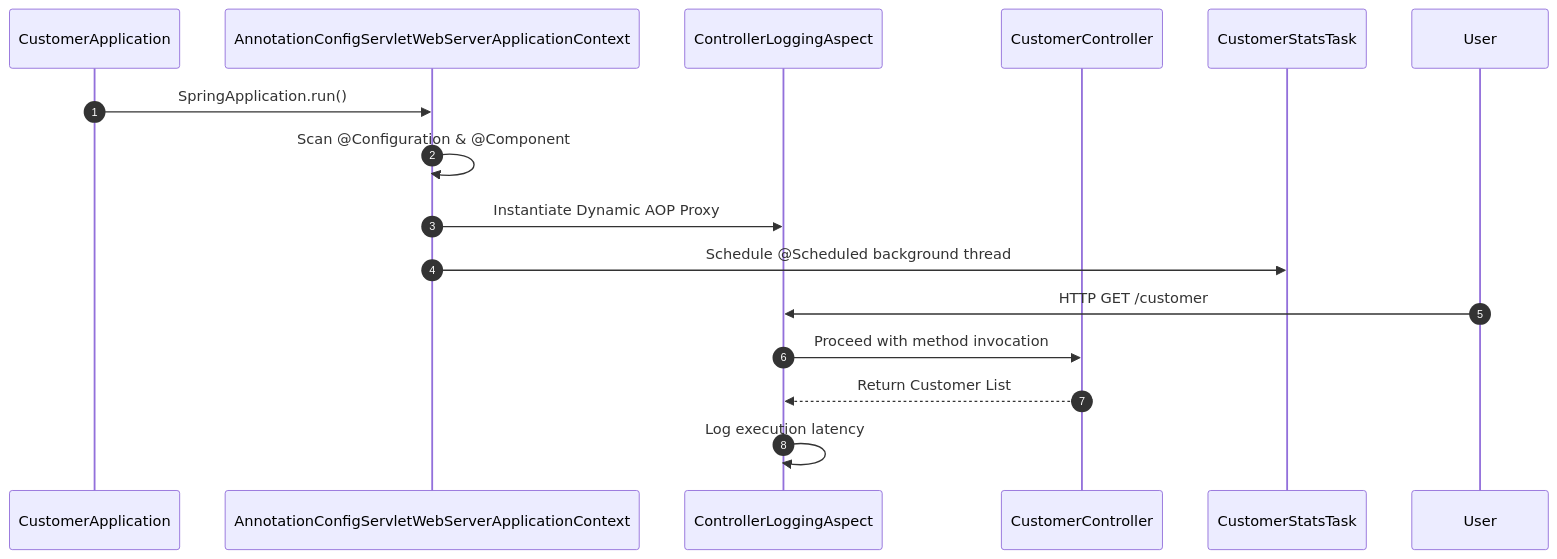
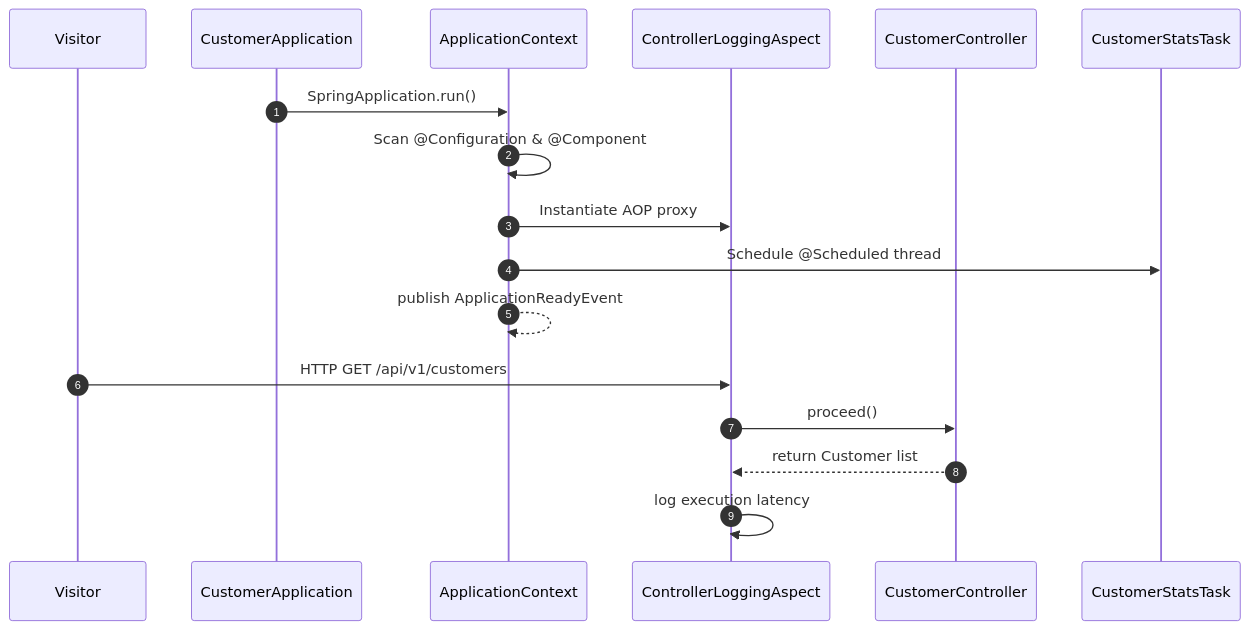
Before and after one commit to karthik569/Pro-Spring-Boot-4-4th-ed: the diagram in chapters/chapter-02-internals/TECHNICAL_DEEP_DIVE.md, drawn with Mermaid. The commit also changed other lines of this file and 14 other files, not shown here.

First line of the commit message:
docs: add chapter 2-5 walkthrough reports and refresh deep-dive diagrams

````diff
--- a/chapters/chapter-02-internals/TECHNICAL_DEEP_DIVE.md
+++ b/chapters/chapter-02-internals/TECHNICAL_DEEP_DIVE.md
@@ -6,18 +11,19 @@
 ```mermaid
 sequenceDiagram
     autonumber
+    participant User as Visitor
     participant App as CustomerApplication
-    participant Context as AnnotationConfigServletWebServerApplicationContext
+    participant Context as ApplicationContext
     participant Aspect as ControllerLoggingAspect
     participant Controller as CustomerController
     participant Task as CustomerStatsTask
-
     App->>Context: SpringApplication.run()
     Context->>Context: Scan @Configuration & @Component
-    Context->>Aspect: Instantiate Dynamic AOP Proxy
-    Context->>Task: Schedule @Scheduled background thread
-    User->>Aspect: HTTP GET /customer
-    Aspect->>Controller: Proceed with method invocation
-    Controller-->>Aspect: Return Customer List
-    Aspect->>Aspect: Log execution latency
+    Context->>Aspect: Instantiate AOP proxy
+    Context->>Task: Schedule @Scheduled thread
+    Context-->>Context: publish ApplicationReadyEvent
+    User->>Aspect: HTTP GET /api/v1/customers
+    Aspect->>Controller: proceed()
+    Controller-->>Aspect: return Customer list
+    Aspect->>Aspect: log execution latency
 ```
````
